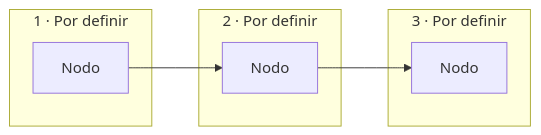
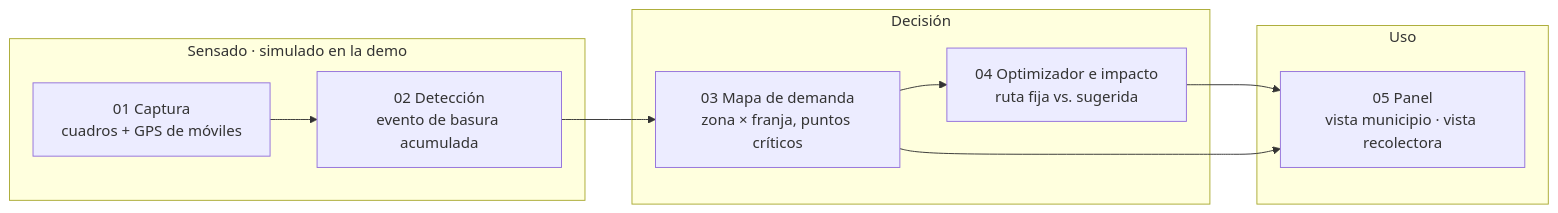
The second of 2 diagrams in README.md (NachoSamo/Hack2theFuture-CordobaTechWeek), drawn with Mermaid before and after one commit. The commit also changed other lines of this file and 4 other files, not shown here.

````diff
--- a/README.md
+++ b/README.md
@@ -74,13 +74,16 @@
 ```mermaid
 flowchart LR
-    subgraph Capa1[1 · Por definir]
-        A[Nodo]
+    subgraph Sensado[Sensado · simulado en la demo]
+        A[01 Captura<br/>cuadros + GPS de móviles]
+        B[02 Detección<br/>evento de basura acumulada]
     end
-    subgraph Capa2[2 · Por definir]
-        B[Nodo]
+    subgraph Decision[Decisión]
+        C[03 Mapa de demanda<br/>zona × franja, puntos críticos]
+        D[04 Optimizador e impacto<br/>ruta fija vs. sugerida]
     end
-    subgraph Capa3[3 · Por definir]
-        C[Nodo]
+    subgraph Uso[Uso]
+        E[05 Panel<br/>vista municipio · vista recolectora]
     end
-    A --> B --> C
+    A --> B --> C --> D --> E
+    C --> E
 ```
````
